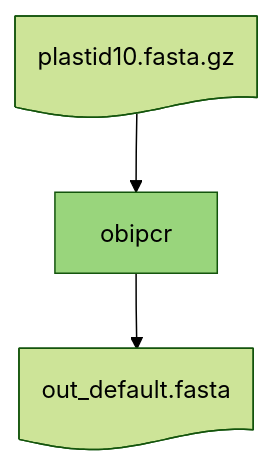
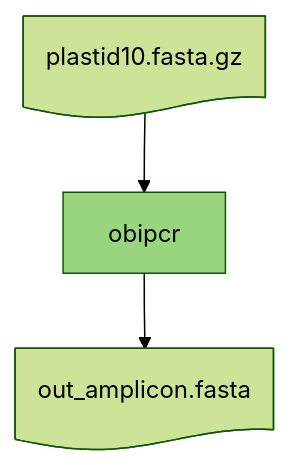
One commit to metabarcoding/obitools4-doc changed the diagram in content/docs/commands/alignments/obipcr/_index.md. Above: the diagram before and after it, drawn with Mermaid (forest theme). The commit also changed other lines of this file and 3 other files, not shown here.

```diff
--- a/content/docs/commands/alignments/obipcr/_index.md
+++ b/content/docs/commands/alignments/obipcr/_index.md
@@ -27,9 +21,9 @@
 {{< mermaid class="workflow" >}}
 graph TD
   A@{ shape: doc, label: "plastid10.fasta.gz" }
   C[obipcr]
-  D@{ shape: doc, label: "out_default.fasta" }
+  D@{ shape: doc, label: "out_amplicon.fasta" }
   A --> C:::obitools
   C --> D
   classDef obitools fill:#99d57c
 {{< /mermaid >}}
```
